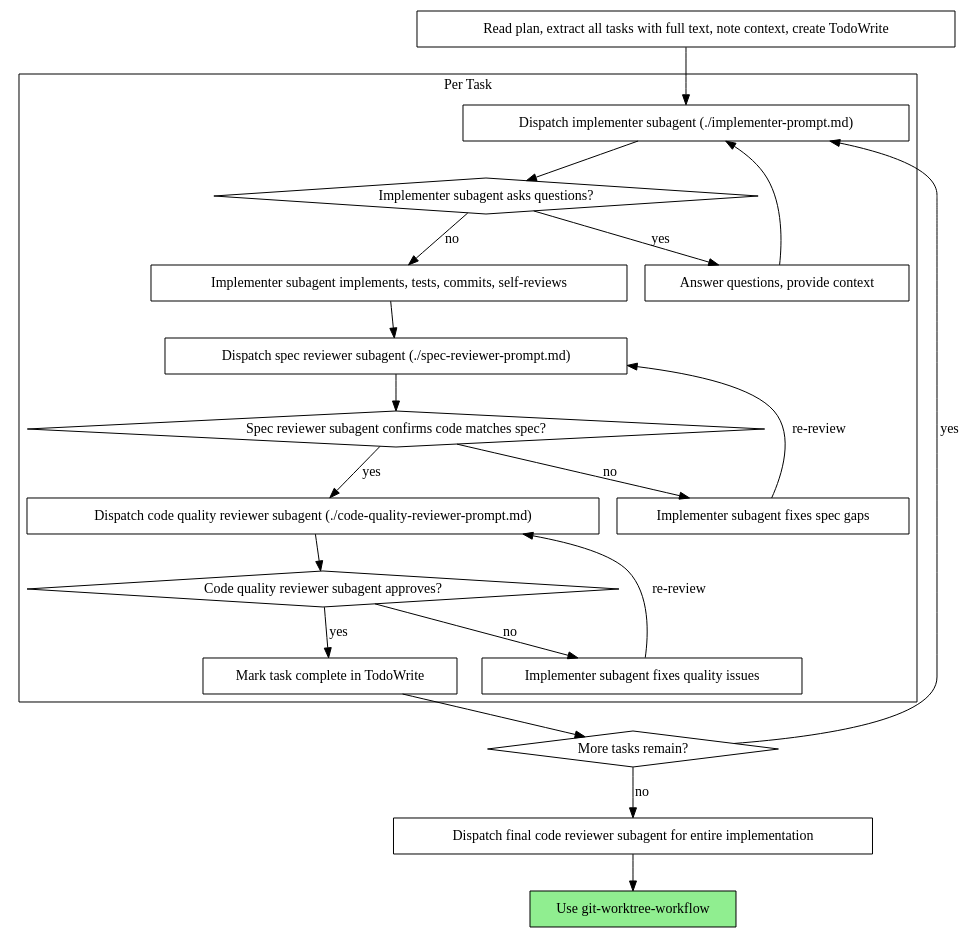
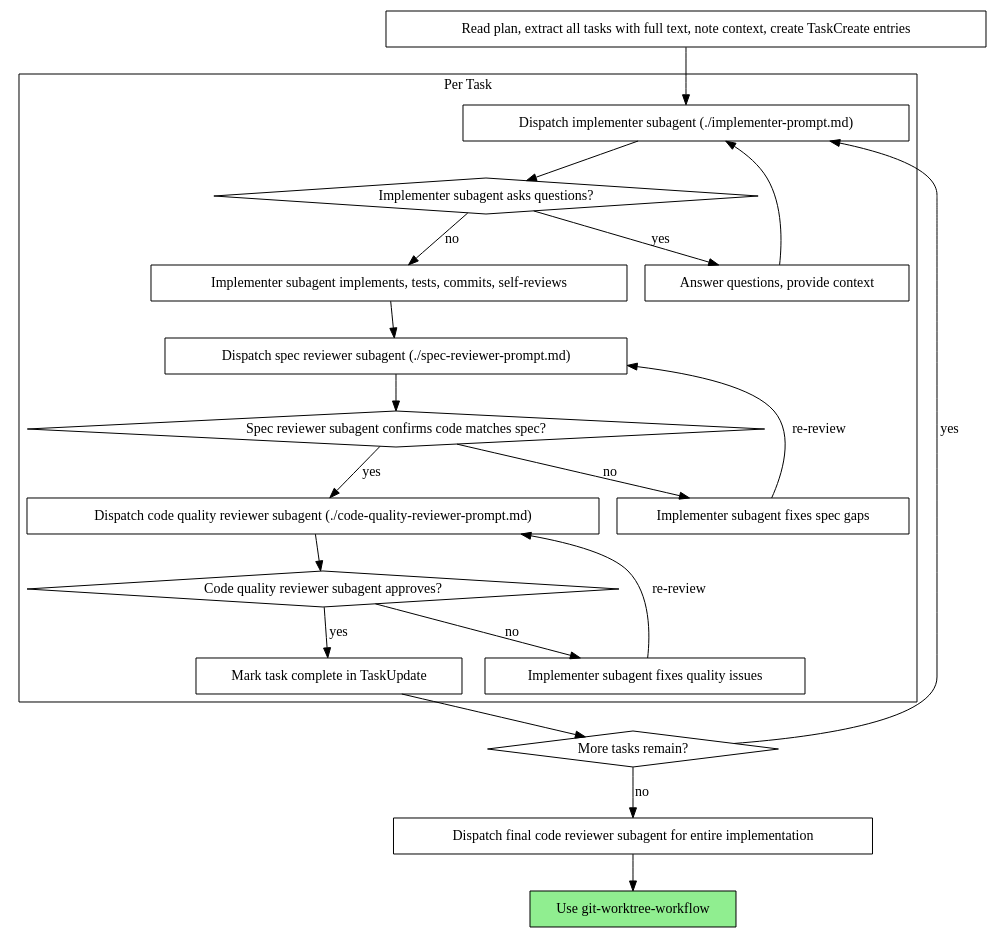
Before and after one commit to EdwardAstill/claudefiles: the second of 2 diagrams in agentfiles/management/orchestration/subagent-driven-development/SKILL.md, drawn with Graphviz. The commit also changed other lines of this file and 137 other files, not shown here.

````diff
--- a/agentfiles/management/orchestration/subagent-driven-development/SKILL.md
+++ b/agentfiles/management/orchestration/subagent-driven-development/SKILL.md
@@ -42,44 +42,44 @@
 ```dot
 digraph process {
     rankdir=TB;
 
     subgraph cluster_per_task {
         label="Per Task";
         "Dispatch implementer subagent (./implementer-prompt.md)" [shape=box];
         "Implementer subagent asks questions?" [shape=diamond];
         "Answer questions, provide context" [shape=box];
         "Implementer subagent implements, tests, commits, self-reviews" [shape=box];
         "Dispatch spec reviewer subagent (./spec-reviewer-prompt.md)" [shape=box];
         "Spec reviewer subagent confirms code matches spec?" [shape=diamond];
         "Implementer subagent fixes spec gaps" [shape=box];
         "Dispatch code quality reviewer subagent (./code-quality-reviewer-prompt.md)" [shape=box];
         "Code quality reviewer subagent approves?" [shape=diamond];
         "Implementer subagent fixes quality issues" [shape=box];
-        "Mark task complete in TodoWrite" [shape=box];
+        "Mark task complete in TaskUpdate" [shape=box];
     }
 
-    "Read plan, extract all tasks with full text, note context, create TodoWrite" [shape=box];
+    "Read plan, extract all tasks with full text, note context, create TaskCreate entries" [shape=box];
     "More tasks remain?" [shape=diamond];
     "Dispatch final code reviewer subagent for entire implementation" [shape=box];
     "Use git-worktree-workflow" [shape=box style=filled fillcolor=lightgreen];
 
-    "Read plan, extract all tasks with full text, note context, create TodoWrite" -> "Dispatch implementer subagent (./implementer-prompt.md)";
+    "Read plan, extract all tasks with full text, note context, create TaskCreate entries" -> "Dispatch implementer subagent (./implementer-prompt.md)";
     "Dispatch implementer subagent (./implementer-prompt.md)" -> "Implementer subagent asks questions?";
     "Implementer subagent asks questions?" -> "Answer questions, provide context" [label="yes"];
     "Answer questions, provide context" -> "Dispatch implementer subagent (./implementer-prompt.md)";
     "Implementer subagent asks questions?" -> "Implementer subagent implements, tests, commits, self-reviews" [label="no"];
     "Implementer subagent implements, tests, commits, self-reviews" -> "Dispatch spec reviewer subagent (./spec-reviewer-prompt.md)";
     "Dispatch spec reviewer subagent (./spec-reviewer-prompt.md)" -> "Spec reviewer subagent confirms code matches spec?";
     "Spec reviewer subagent confirms code matches spec?" -> "Implementer subagent fixes spec gaps" [label="no"];
     "Implementer subagent fixes spec gaps" -> "Dispatch spec reviewer subagent (./spec-reviewer-prompt.md)" [label="re-review"];
     "Spec reviewer subagent confirms code matches spec?" -> "Dispatch code quality reviewer subagent (./code-quality-reviewer-prompt.md)" [label="yes"];
     "Dispatch code quality reviewer subagent (./code-quality-reviewer-prompt.md)" -> "Code quality reviewer subagent approves?";
     "Code quality reviewer subagent approves?" -> "Implementer subagent fixes quality issues" [label="no"];
     "Implementer subagent fixes quality issues" -> "Dispatch code quality reviewer subagent (./code-quality-reviewer-prompt.md)" [label="re-review"];
-    "Code quality reviewer subagent approves?" -> "Mark task complete in TodoWrite" [label="yes"];
-    "Mark task complete in TodoWrite" -> "More tasks remain?";
+    "Code quality reviewer subagent approves?" -> "Mark task complete in TaskUpdate" [label="yes"];
+    "Mark task complete in TaskUpdate" -> "More tasks remain?";
     "More tasks remain?" -> "Dispatch implementer subagent (./implementer-prompt.md)" [label="yes"];
     "More tasks remain?" -> "Dispatch final code reviewer subagent for entire implementation" [label="no"];
     "Dispatch final code reviewer subagent for entire implementation" -> "Use git-worktree-workflow";
 }
 ```
````
